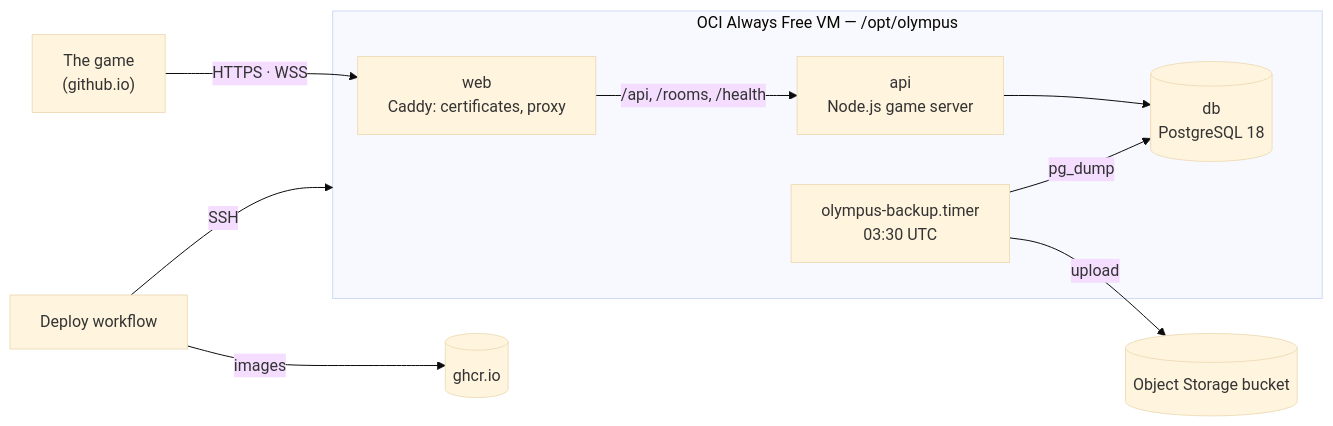
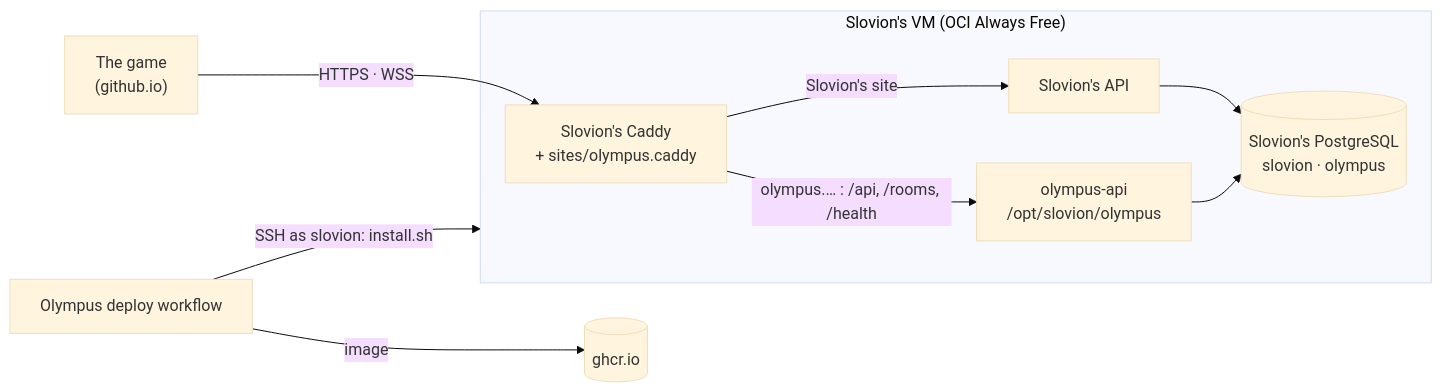
Before and after one commit to David-Letonja-CTG/Olympus-Unbound: the second of 2 diagrams in docs/hosting.md, drawn with Mermaid (base theme). The commit also changed other lines of this file and 14 other files, not shown here.

First line of the commit message:
Game server on Slovion's VM: shared Caddy and PostgreSQL

````diff
--- a/docs/hosting.md
+++ b/docs/hosting.md
@@ -106,11 +110,13 @@
 ```mermaid
 flowchart LR
   Player["The game<br/>(github.io)"] -- "HTTPS · WSS" --> Web
-  subgraph VM["OCI Always Free VM — /opt/olympus"]
-    Web["web<br/>Caddy: certificates, proxy"] -- "/api, /rooms, /health" --> Api["api<br/>Node.js game server"] --> Db[("db<br/>PostgreSQL 18")]
-    Timer["olympus-backup.timer<br/>03:30 UTC"] -- "pg_dump" --> Db
+  subgraph VM["Slovion's VM (OCI Always Free)"]
+    Web["Slovion's Caddy<br/>+ sites/olympus.caddy"]
+    Web -- "Slovion's site" --> SApi["Slovion's API"]
+    Web -- "olympus.… : /api, /rooms, /health" --> OApi["olympus-api<br/>/opt/slovion/olympus"]
+    SApi --> Db[("Slovion's PostgreSQL<br/>slovion · olympus")]
+    OApi --> Db
   end
-  Timer -- "upload" --> Bucket[("Object Storage bucket")]
-  CI["Deploy workflow"] -- "images" --> GHCR[("ghcr.io")]
-  CI -- "SSH" --> VM
+  CI["Olympus deploy workflow"] -- "image" --> GHCR[("ghcr.io")]
+  CI -- "SSH as slovion: install.sh" --> VM
 ```
````
